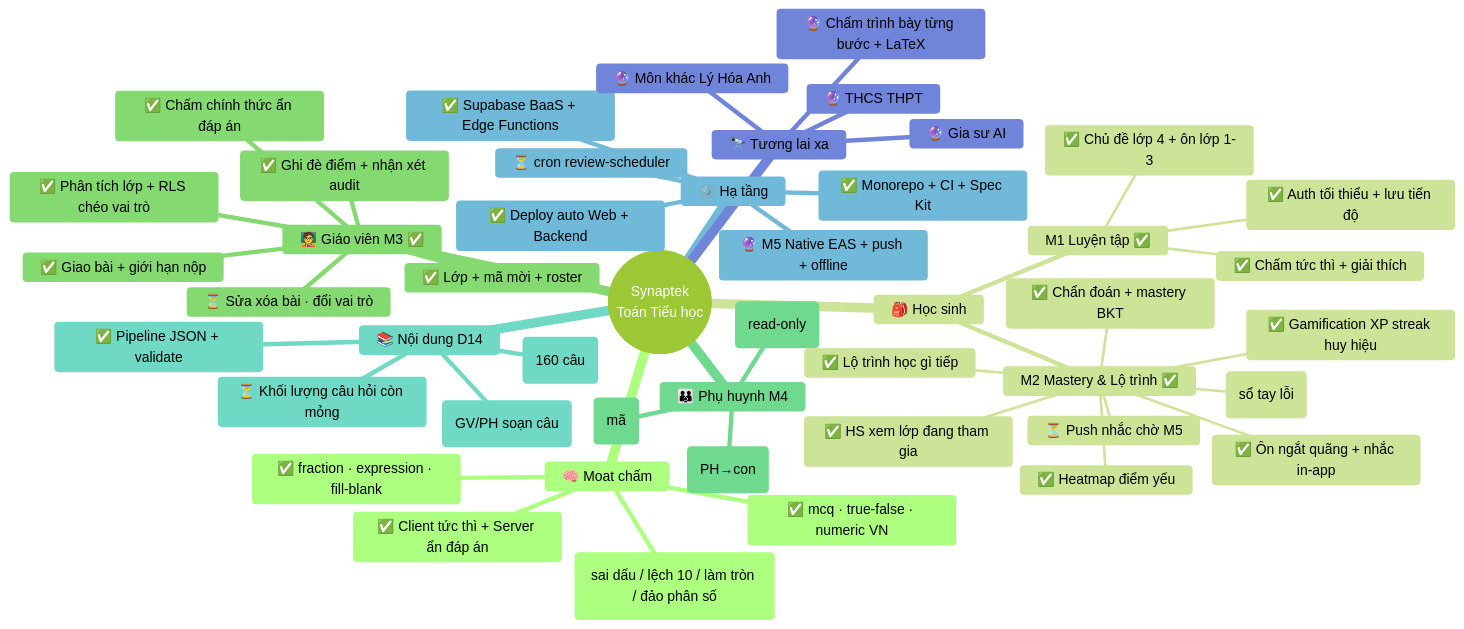
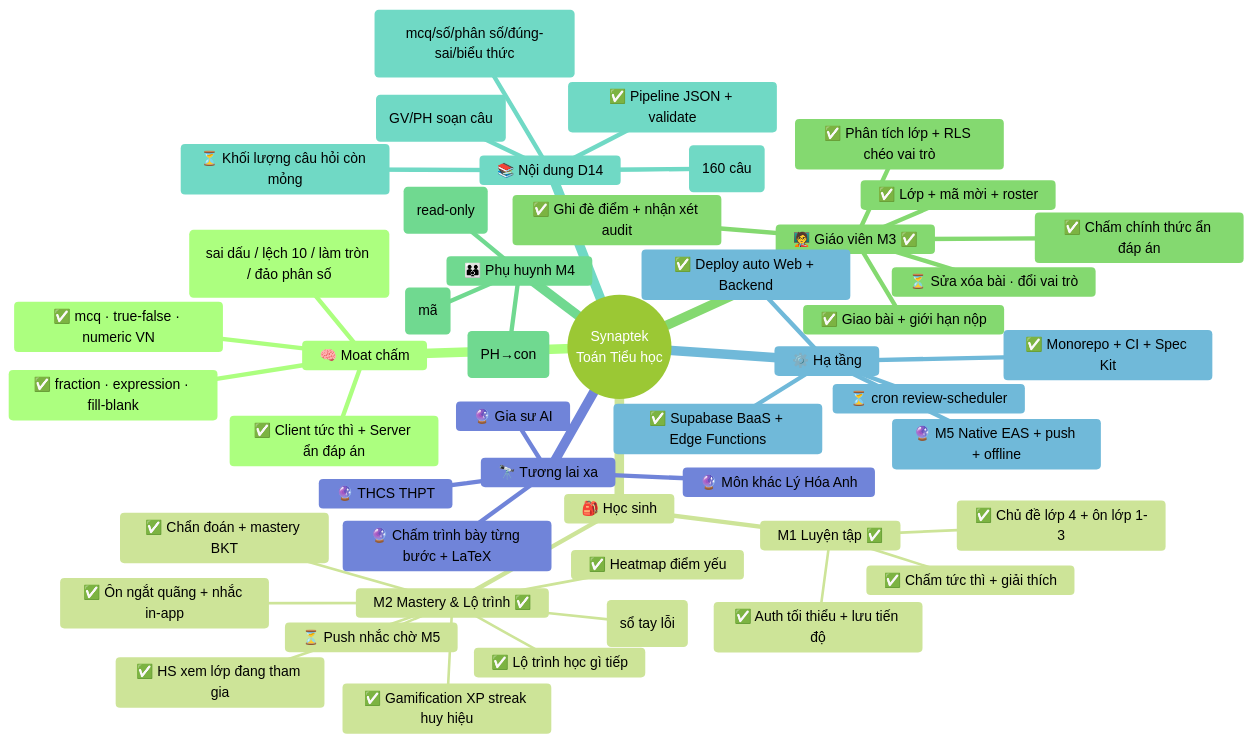
Before and after one commit to hoanghainh1188/synaptek: the first of 2 diagrams in docs/FEATURE-MAP.md, drawn with Mermaid (forest theme). The commit also changed 5 other files, not shown here.

First line of the commit message:
feat(authoring): thêm loại câu Đúng/Sai + Biểu thức (5/6 loại) (#33)

````diff
--- a/docs/FEATURE-MAP.md
+++ b/docs/FEATURE-MAP.md
@@ -8,50 +8,51 @@
 ```mermaid
 mindmap
   root((Synaptek<br/>Toán Tiểu học))
     🧠 Moat chấm
       ✅ mcq · true-false · numeric VN
       ✅ fraction · expression · fill-blank
       ✅ Client tức thì + Server ẩn đáp án
       ✅ Chẩn đoán lỗi (sai dấu / lệch 10 / làm tròn / đảo phân số)
     🎒 Học sinh
       M1 Luyện tập ✅
         ✅ Chủ đề lớp 4 + ôn lớp 1-3
         ✅ Chấm tức thì + giải thích
         ✅ Auth tối thiểu + lưu tiến độ
       M2 Mastery & Lộ trình ✅
         ✅ HS xem lớp đang tham gia
         ✅ Chẩn đoán + mastery BKT
         ✅ Lộ trình học gì tiếp
         ✅ Heatmap điểm yếu
         ✅ Gamification XP streak huy hiệu
         ✅ Ôn ngắt quãng + nhắc in-app
         ✅ Ôn lại câu sai (sổ tay lỗi)
         ⏳ Push nhắc chờ M5
     🧑‍🏫 Giáo viên M3 ✅
       ✅ Lớp + mã mời + roster
       ✅ Giao bài + giới hạn nộp
       ✅ Chấm chính thức ẩn đáp án
       ✅ Ghi đè điểm + nhận xét audit
       ✅ Phân tích lớp + RLS chéo vai trò
       ⏳ Sửa xóa bài · đổi vai trò
     👪 Phụ huynh M4
       ✅ Liên kết phụ huynh - con (mã)
       ✅ Theo dõi tiến độ con (read-only)
       ✅ Giao bài tại nhà (PH→con)
     📚 Nội dung D14
       ✅ Pipeline JSON + validate
       ⏳ Khối lượng câu hỏi còn mỏng
       ✅ Authoring UI (GV/PH soạn câu)
+      ✅ 5 loại câu tự soạn (mcq/số/phân số/đúng-sai/biểu thức)
       ✅ Nội dung lớp 1-5 (160 câu)
     ⚙️ Hạ tầng
       ✅ Monorepo + CI + Spec Kit
       ✅ Supabase BaaS + Edge Functions
       ✅ Deploy auto Web + Backend
       ⏳ cron review-scheduler
       🔮 M5 Native EAS + push + offline
     🔭 Tương lai xa
       🔮 THCS THPT
       🔮 Môn khác Lý Hóa Anh
       🔮 Chấm trình bày từng bước + LaTeX
       🔮 Gia sư AI
 ```
````
